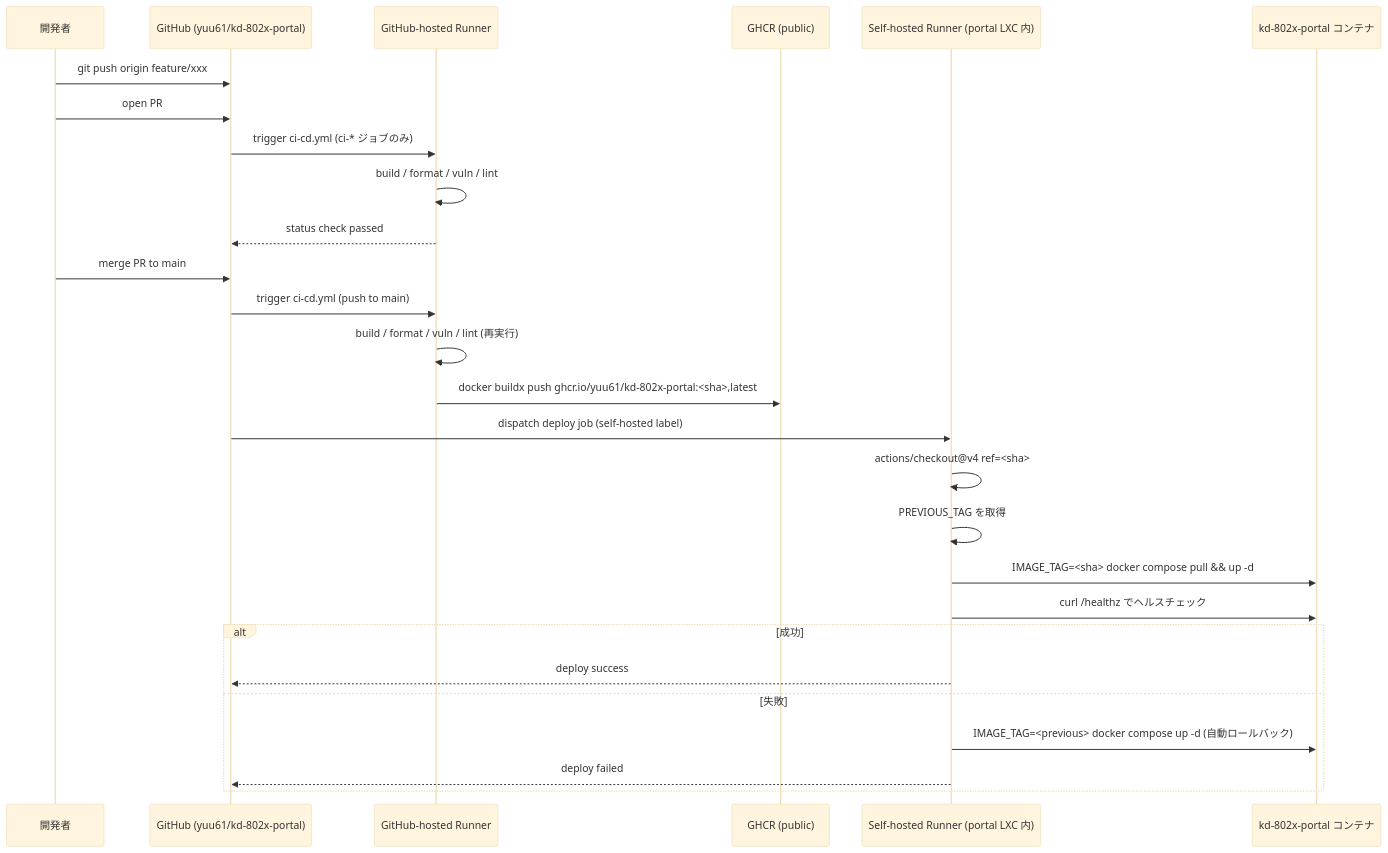
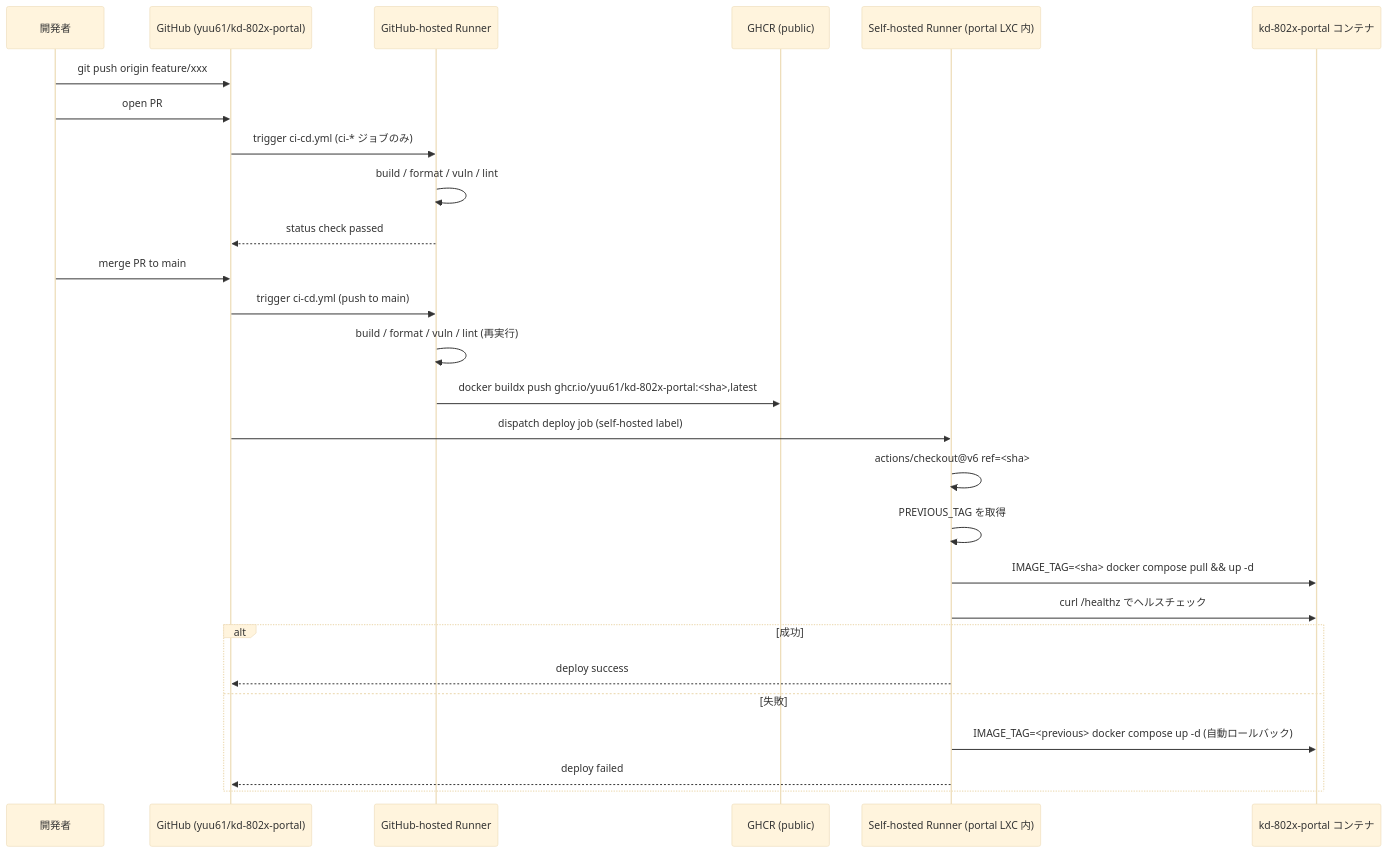
The diagram in docs/ci-cd-architecture.md (yuu61/kd-802x-portal), drawn with Mermaid (base theme) before and after one commit. The commit also changed other lines of this file and 2 other files, not shown here.

````diff
--- a/docs/ci-cd-architecture.md
+++ b/docs/ci-cd-architecture.md
@@ -55,30 +55,30 @@
 ```mermaid
 sequenceDiagram
     participant Dev    as 開発者
     participant GH     as GitHub (yuu61/kd-802x-portal)
     participant CI     as GitHub-hosted Runner
     participant GHCR   as GHCR (public)
     participant SHR    as Self-hosted Runner (portal LXC 内)
     participant Portal as kd-802x-portal コンテナ
 
     Dev->>GH: git push origin feature/xxx
     Dev->>GH: open PR
     GH->>CI: trigger ci-cd.yml (ci-* ジョブのみ)
     CI->>CI: build / format / vuln / lint
     CI-->>GH: status check passed
     Dev->>GH: merge PR to main
     GH->>CI: trigger ci-cd.yml (push to main)
     CI->>CI: build / format / vuln / lint (再実行)
     CI->>GHCR: docker buildx push ghcr.io/yuu61/kd-802x-portal:<sha>,latest
     GH->>SHR: dispatch deploy job (self-hosted label)
-    SHR->>SHR: actions/checkout@v4 ref=<sha>
+    SHR->>SHR: actions/checkout@v6 ref=<sha>
     SHR->>SHR: PREVIOUS_TAG を取得
     SHR->>Portal: IMAGE_TAG=<sha> docker compose pull && up -d
     SHR->>Portal: curl /healthz でヘルスチェック
     alt 成功
         SHR-->>GH: deploy success
     else 失敗
         SHR->>Portal: IMAGE_TAG=<previous> docker compose up -d (自動ロールバック)
         SHR-->>GH: deploy failed
     end
 ```
````
